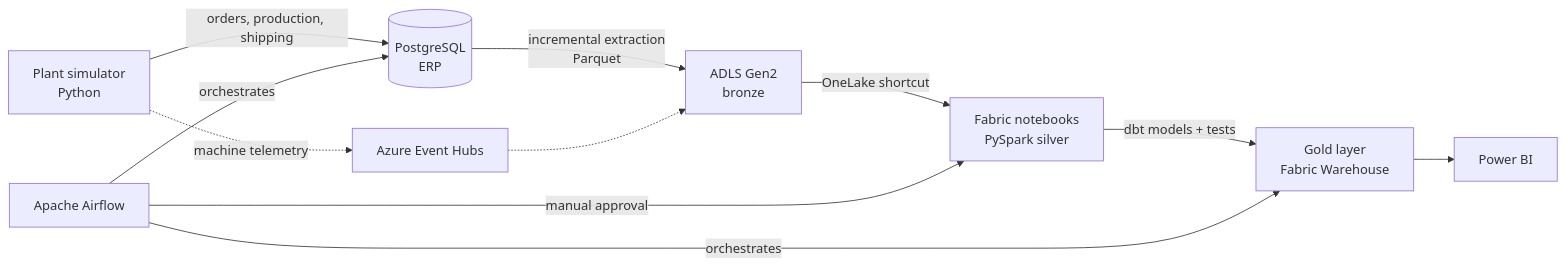
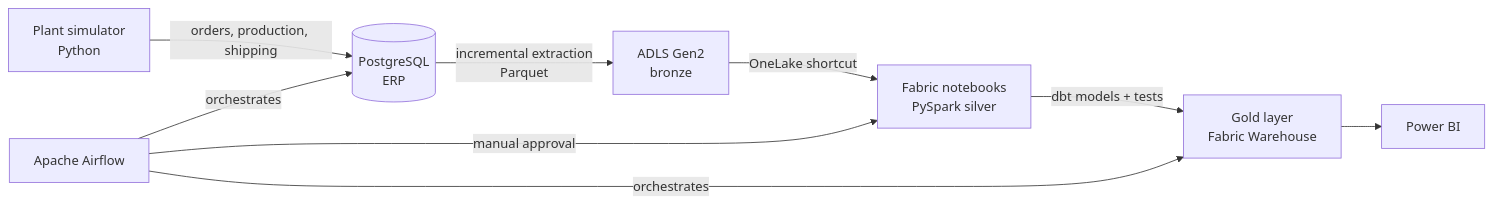
Before and after one commit to lucasnunesf/industrial-data-platform: the diagram in README.md, drawn with Mermaid. The commit also changed other lines of this file and 13 other files, not shown here.

````diff
--- a/README.md
+++ b/README.md
@@ -50,13 +48,11 @@
 ```mermaid
 flowchart LR
     A[Plant simulator<br/>Python] -->|orders, production, shipping| P[(PostgreSQL<br/>ERP)]
     P -->|incremental extraction<br/>Parquet| C[ADLS Gen2<br/>bronze]
     C -->|OneLake shortcut| E[Fabric notebooks<br/>PySpark silver]
     E -->|dbt models + tests| F[Gold layer<br/>Fabric Warehouse]
     F --> G[Power BI]
-    A -.machine telemetry.-> B[Azure Event Hubs]
-    B -.-> C
     H[Apache Airflow] -->|orchestrates| P
     H -->|manual approval| E
     H -->|orchestrates| F
 ```
````
